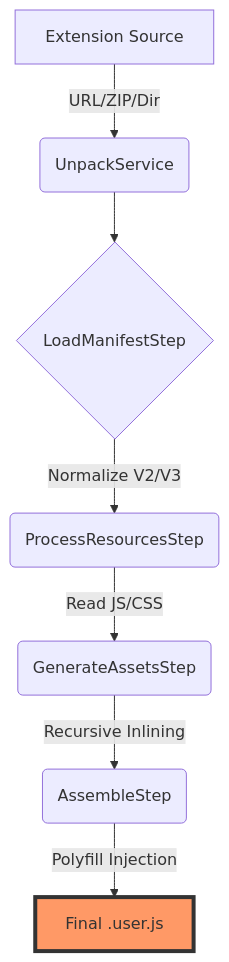
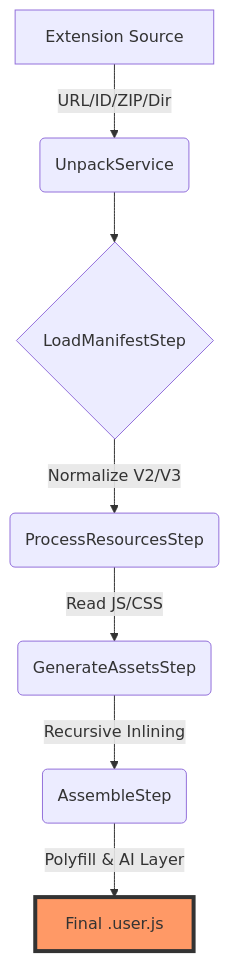
Before and after one commit to johnlikescarrot/to-userscript: the diagram in README.md, drawn with Mermaid. The commit also changed other lines of this file and 9 other files, not shown here.

````diff
--- a/README.md
+++ b/README.md
@@ -73,11 +31,11 @@
 ```mermaid
 graph TD
-    A[Extension Source] -->|URL/ZIP/Dir| B(UnpackService)
+    A[Extension Source] -->|URL/ID/ZIP/Dir| B(UnpackService)
     B --> C{LoadManifestStep}
     C -->|Normalize V2/V3| D(ProcessResourcesStep)
     D -->|Read JS/CSS| E(GenerateAssetsStep)
     E -->|Recursive Inlining| F(AssembleStep)
-    F -->|Polyfill Injection| G[Final .user.js]
+    F -->|Polyfill & AI Layer| G[Final .user.js]
 
     style G fill:#f96,stroke:#333,stroke-width:4px
 ```
````
